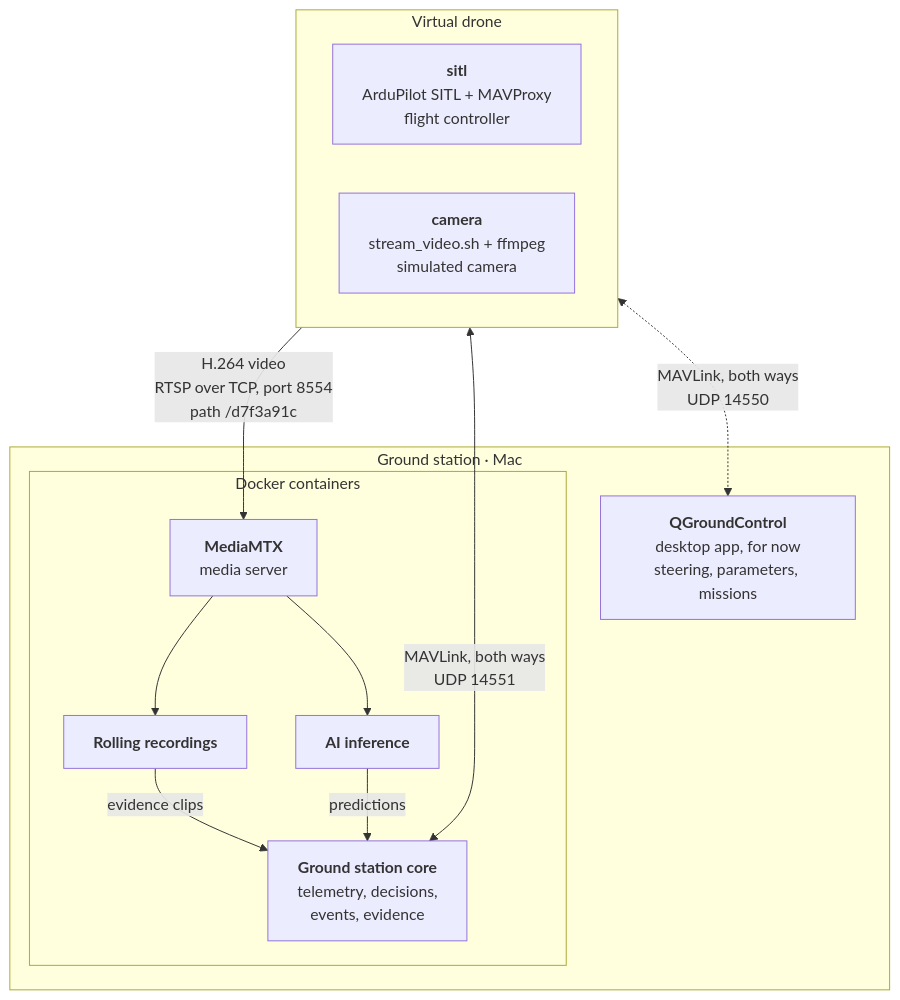
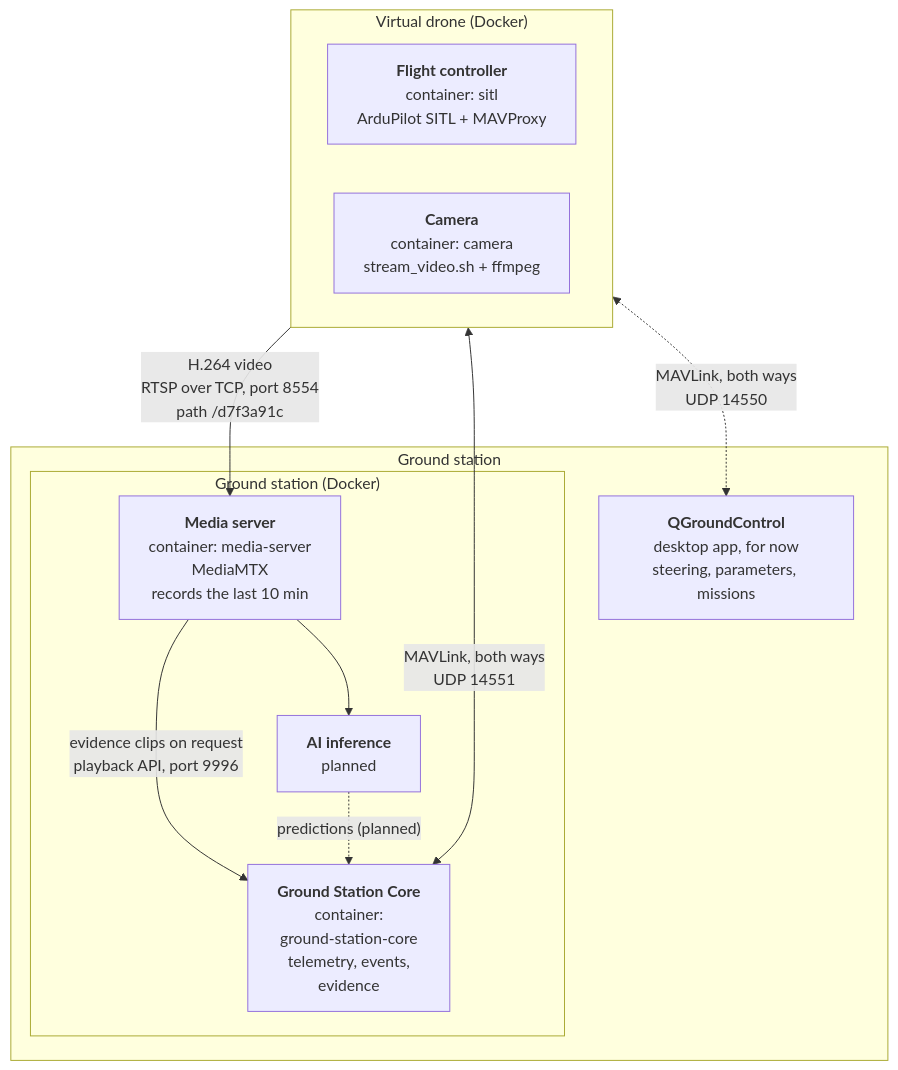
One commit to Dalai426/UAV-Based-Wildfire-Surveillance-System changed the diagram in edge/drone/README.md. Above: the diagram before and after it, drawn with Mermaid. The commit also changed other lines of this file and 11 other files, not shown here.

First line of the commit message:
Virtual drone (edge/drone): - drone: ArduPilot SITL in a two-stage Docker image (514 MB), - camera: Alpine Linux + ffmpeg running stream_video.sh, H.264 over RTSP/TCP to MediaMTX

````diff
--- a/edge/drone/README.md
+++ b/edge/drone/README.md
@@ -52,26 +52,24 @@
 ```mermaid
 flowchart TB
-    subgraph DRONE["Virtual drone"]
+    subgraph DRONE["Virtual drone (Docker)"]
         direction LR
-        SITL["<b>sitl</b><br/>ArduPilot SITL + MAVProxy<br/>flight controller"]
-        CAM["<b>camera</b><br/>stream_video.sh + ffmpeg<br/>simulated camera"]
+        SITL["<b>Flight controller</b><br/>container: sitl<br/>ArduPilot SITL + MAVProxy"]
+        CAM["<b>Camera</b><br/>container: camera<br/>stream_video.sh + ffmpeg"]
     end
 
-    subgraph MAC["Ground station · Mac"]
+    subgraph GSTATION["Ground station"]
         QGC["<b>QGroundControl</b><br/>desktop app, for now<br/>steering, parameters, missions"]
-        subgraph GS["Docker containers"]
-            MTX["<b>MediaMTX</b><br/>media server"]
-            REC["<b>Rolling recordings</b>"]
-            AI["<b>AI inference</b>"]
-            CORE["<b>Ground station core</b><br/>telemetry, decisions,<br/>events, evidence"]
+        subgraph GS["Ground station (Docker)"]
+            MTX["<b>Media server</b><br/>container: media-server<br/>MediaMTX<br/>records the last 10 min"]
+            AI["<b>AI inference</b><br/>planned"]
+            CORE["<b>Ground Station Core</b><br/>container:<br/>ground-station-core<br/>telemetry, events,<br/>evidence"]
         end
     end
 
     SITL <-. "MAVLink, both ways<br/>UDP 14550" .-> QGC
     SITL <-- "MAVLink, both ways<br/>UDP 14551" --> CORE
     CAM -- "H.264 video<br/>RTSP over TCP, port 8554<br/>path /d7f3a91c" --> MTX
-    MTX --> REC
     MTX --> AI
-    REC -- "evidence clips" --> CORE
-    AI -- "predictions" --> CORE
+    MTX -- "evidence clips on request<br/>playback API, port 9996" --> CORE
+    AI -. "predictions (planned)" .-> CORE
 ```
````
